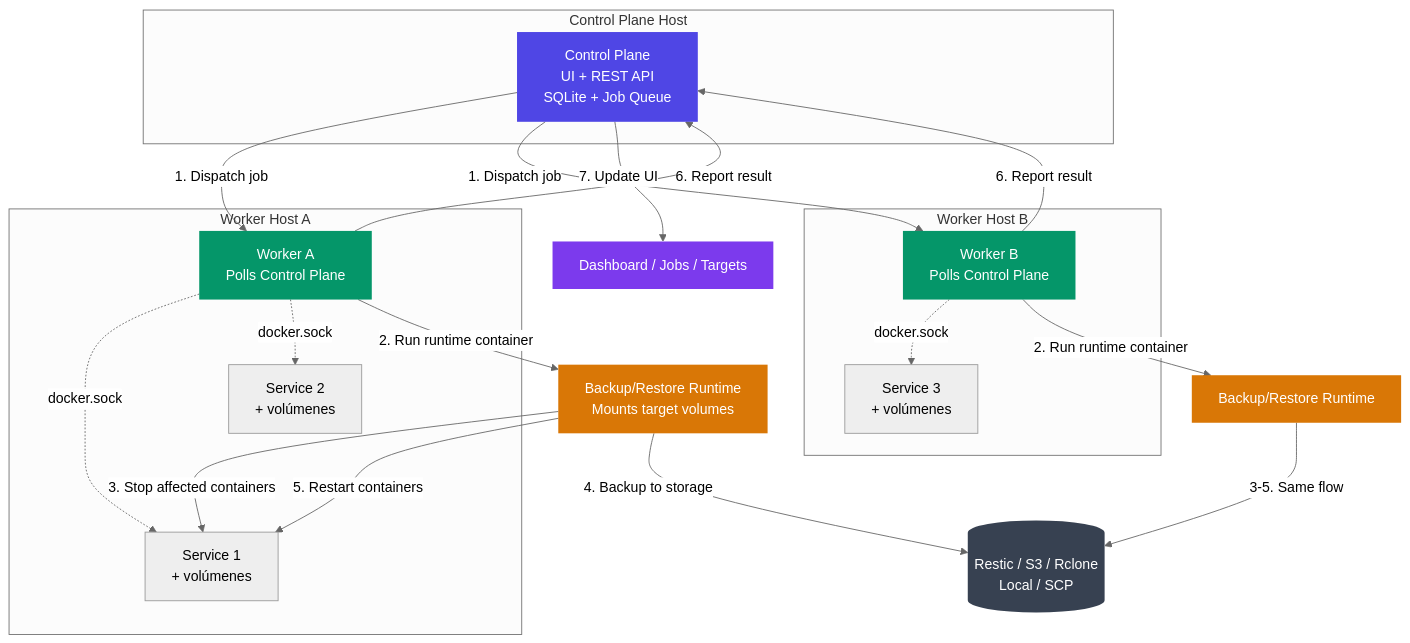
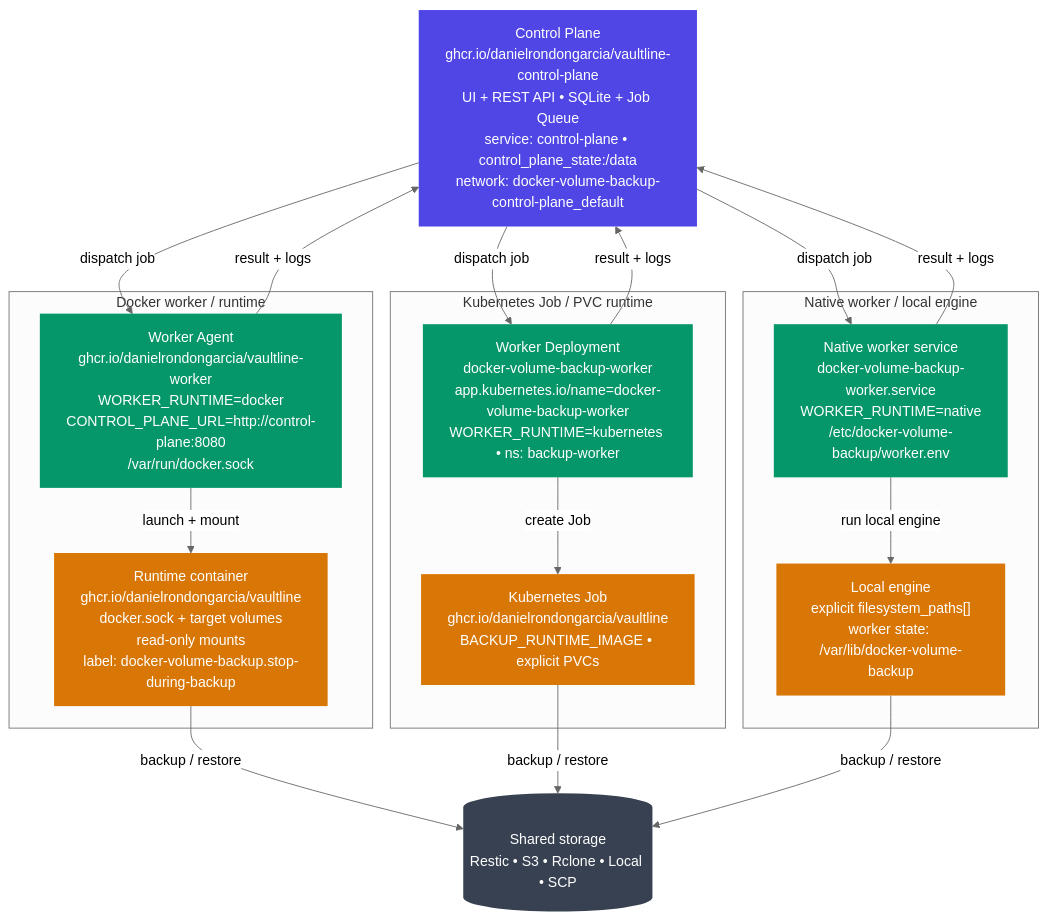
Before and after one commit to DanielRondonGarcia/docker-volume-backup: the diagram in README.md, drawn with Mermaid (neutral theme). The commit also changed other lines of this file, not shown here.

Commit message:
docs(architecture): document multi-runtime deployment

````diff
--- a/README.md
+++ b/README.md
@@ -29,41 +29,42 @@
 ```mermaid
 graph TB
-    subgraph "Control Plane Host"
-        CP["Control Plane<br/>UI + REST API<br/>SQLite + Job Queue"]
+    CP["Control Plane<br/>ghcr.io/danielrondongarcia/vaultline-control-plane<br/>UI + REST API • SQLite + Job Queue<br/>service: control-plane • control_plane_state:/data<br/>network: docker-volume-backup-control-plane_default"]
+    ST[("Shared storage<br/>Restic • S3 • Rclone • Local • SCP")]
+
+    subgraph DOCKER["Docker worker / runtime"]
+        DW["Worker Agent<br/>ghcr.io/danielrondongarcia/vaultline-worker<br/>WORKER_RUNTIME=docker<br/>CONTROL_PLANE_URL=http://control-plane:8080<br/>/var/run/docker.sock"]
+        DR["Runtime container<br/>ghcr.io/danielrondongarcia/vaultline<br/>docker.sock + target volumes<br/>read-only mounts<br/>label: docker-volume-backup.stop-during-backup"]
+        DW -->|"launch + mount"| DR
     end
 
-    subgraph "Worker Host A"
-        WA["Worker A<br/>Polls Control Plane"]
-        SA1["Service 1<br/>+ volúmenes"]
-        SA2["Service 2<br/>+ volúmenes"]
-        WA -.->|docker.sock| SA1
-        WA -.->|docker.sock| SA2
+    subgraph KUBERNETES["Kubernetes Job / PVC runtime"]
+        KW["Worker Deployment<br/>docker-volume-backup-worker<br/>app.kubernetes.io/name=docker-volume-backup-worker<br/>WORKER_RUNTIME=kubernetes • ns: backup-worker"]
+        KJ["Kubernetes Job<br/>ghcr.io/danielrondongarcia/vaultline<br/>BACKUP_RUNTIME_IMAGE • explicit PVCs"]
+        KW -->|"create Job"| KJ
     end
 
-    subgraph "Worker Host B"
-        WB["Worker B<br/>Polls Control Plane"]
-        SB1["Service 3<br/>+ volúmenes"]
-        WB -.->|docker.sock| SB1
+    subgraph NATIVE["Native worker / local engine"]
+        NW["Native worker service<br/>docker-volume-backup-worker.service<br/>WORKER_RUNTIME=native<br/>/etc/docker-volume-backup/worker.env"]
+        NE["Local engine<br/>explicit filesystem_paths[]<br/>worker state: /var/lib/docker-volume-backup"]
+        NW -->|"run local engine"| NE
     end
 
-    CP -->|1. Dispatch job| WA
-    CP -->|1. Dispatch job| WB
-    WA -->|2. Run runtime container| RT["Backup/Restore Runtime<br/>Mounts target volumes"]
-    RT -->|3. Stop affected containers| SA1
-    RT -->|4. Backup to storage| ST[("Restic / S3 / Rclone<br/>Local / SCP")]
-    RT -->|5. Restart containers| SA1
-    WA -->|6. Report result| CP
-    CP -->|7. Update UI| UI["Dashboard / Jobs / Targets"]
-
-    WB -->|2. Run runtime container| RT2["Backup/Restore Runtime"]
-    RT2 -->|3-5. Same flow| ST
-    WB -->|6. Report result| CP
+    CP -->|"dispatch job"| DW
+    CP -->|"dispatch job"| KW
+    CP -->|"dispatch job"| NW
+    DW -->|"result + logs"| CP
+    KW -->|"result + logs"| CP
+    NW -->|"result + logs"| CP
+    DR -->|"backup / restore"| ST
+    KJ -->|"backup / restore"| ST
+    NE -->|"backup / restore"| ST
 
     style CP fill:#4f46e5,color:#fff,stroke:none
-    style WA fill:#059669,color:#fff,stroke:none
-    style WB fill:#059669,color:#fff,stroke:none
-    style RT fill:#d97706,color:#fff,stroke:none
-    style RT2 fill:#d97706,color:#fff,stroke:none
+    style DW fill:#059669,color:#fff,stroke:none
+    style KW fill:#059669,color:#fff,stroke:none
+    style NW fill:#059669,color:#fff,stroke:none
+    style DR fill:#d97706,color:#fff,stroke:none
+    style KJ fill:#d97706,color:#fff,stroke:none
+    style NE fill:#d97706,color:#fff,stroke:none
     style ST fill:#374151,color:#fff,stroke:none
-    style UI fill:#7c3aed,color:#fff,stroke:none
 ```
````
